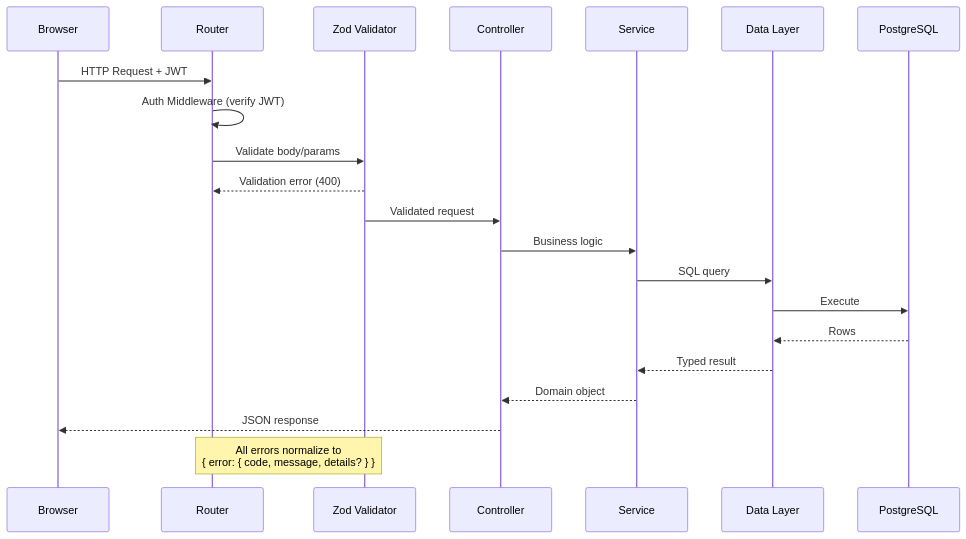
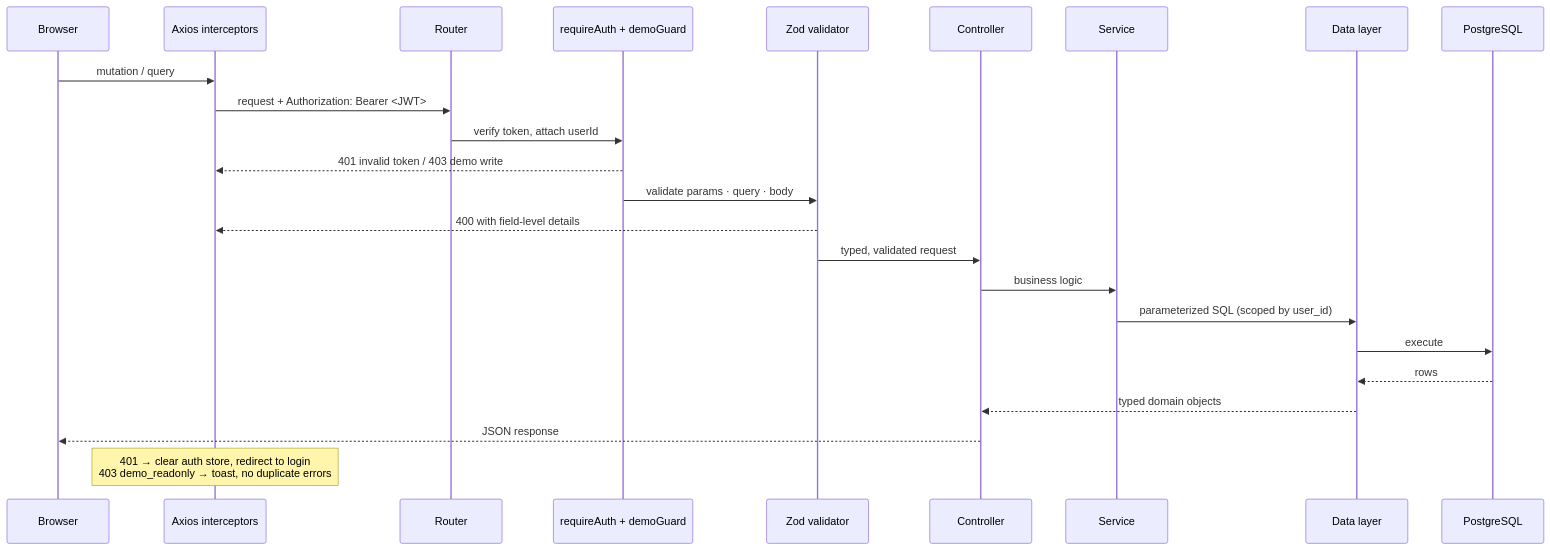
Before and after one commit to me-adityaraj8/career-os: the third of 8 diagrams in README.md, drawn with Mermaid. The commit also changed other lines of this file, not shown here.

````diff
--- a/README.md
+++ b/README.md
@@ -110,25 +302,27 @@
 ```mermaid
 sequenceDiagram
     participant B as Browser
+    participant AX as Axios interceptors
     participant R as Router
-    participant V as Zod Validator
+    participant MW as requireAuth + demoGuard
+    participant V as Zod validator
     participant C as Controller
     participant S as Service
-    participant D as Data Layer
+    participant D as Data layer
     participant DB as PostgreSQL
 
-    B->>R: HTTP Request + JWT
-    R->>R: Auth Middleware (verify JWT)
-    R->>V: Validate body/params
-    V-->>R: Validation error (400)
-    V->>C: Validated request
-    C->>S: Business logic
-    S->>D: SQL query
-    D->>DB: Execute
-    DB-->>D: Rows
-    D-->>S: Typed result
-    S-->>C: Domain object
+    B->>AX: mutation / query
+    AX->>R: request + Authorization: Bearer <JWT>
+    R->>MW: verify token, attach userId
+    MW-->>AX: 401 invalid token / 403 demo write
+    MW->>V: validate params · query · body
+    V-->>AX: 400 with field-level details
+    V->>C: typed, validated request
+    C->>S: business logic
+    S->>D: parameterized SQL (scoped by user_id)
+    D->>DB: execute
+    DB-->>D: rows
+    D-->>C: typed domain objects
     C-->>B: JSON response
-
-    Note over R,V: All errors normalize to<br/>{ error: { code, message, details? } }
+    Note over AX: 401 → clear auth store, redirect to login<br/>403 demo_readonly → toast, no duplicate errors
 ```
````
